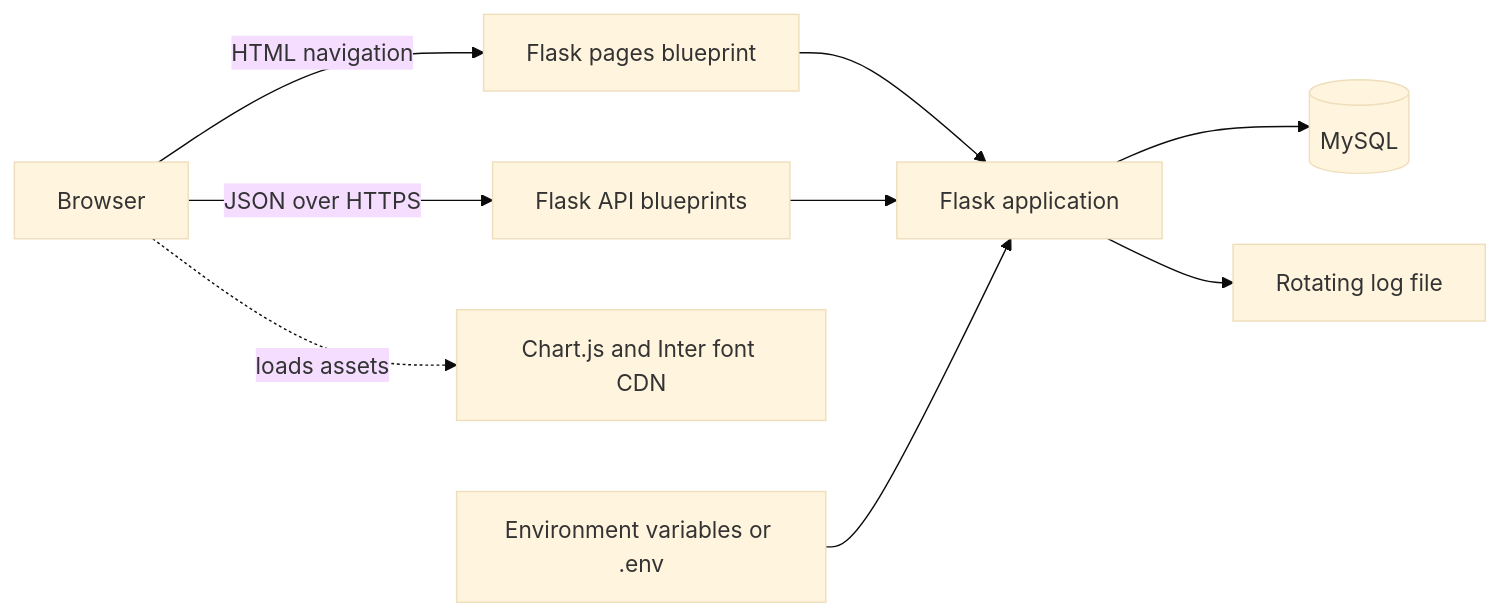
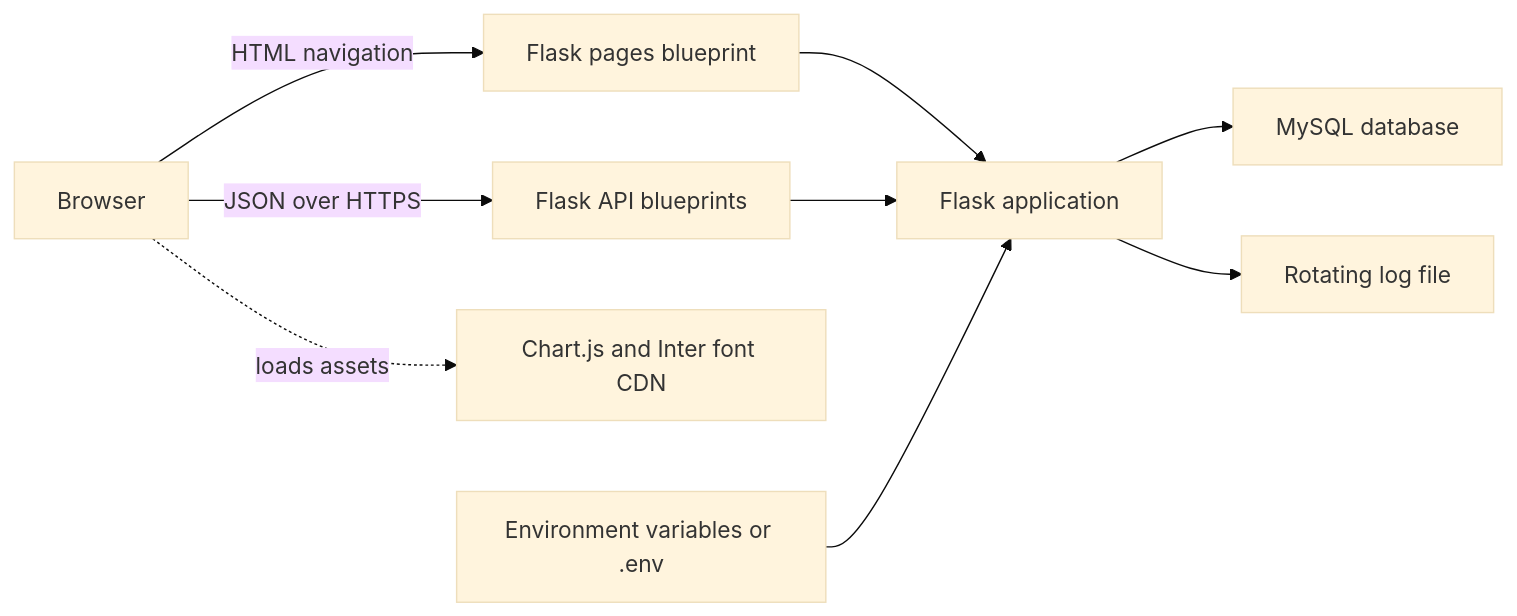
One commit to Briankimany/Energy-Audit-App changed the first of 9 diagrams in docs/architecture.md. Above: the diagram before and after it, drawn with Mermaid (base theme). The commit also changed other lines of this file, not shown here.

Commit message:
docs: use broadly compatible mermaid flowchart syntax

````diff
--- a/docs/architecture.md
+++ b/docs/architecture.md
@@ -9,11 +9,11 @@
 ```mermaid
 flowchart LR
     U[Browser] -->|HTML navigation| P[Flask pages blueprint]
     U -->|JSON over HTTPS| A[Flask API blueprints]
     P --> APP[Flask application]
     A --> APP
-    APP --> DB[(MySQL)]
+    APP --> DB["MySQL database"]
     APP --> LOG[Rotating log file]
     U -.->|loads assets| CDN[Chart.js and Inter font CDN]
     ENV[Environment variables or .env] --> APP
 ```
````
